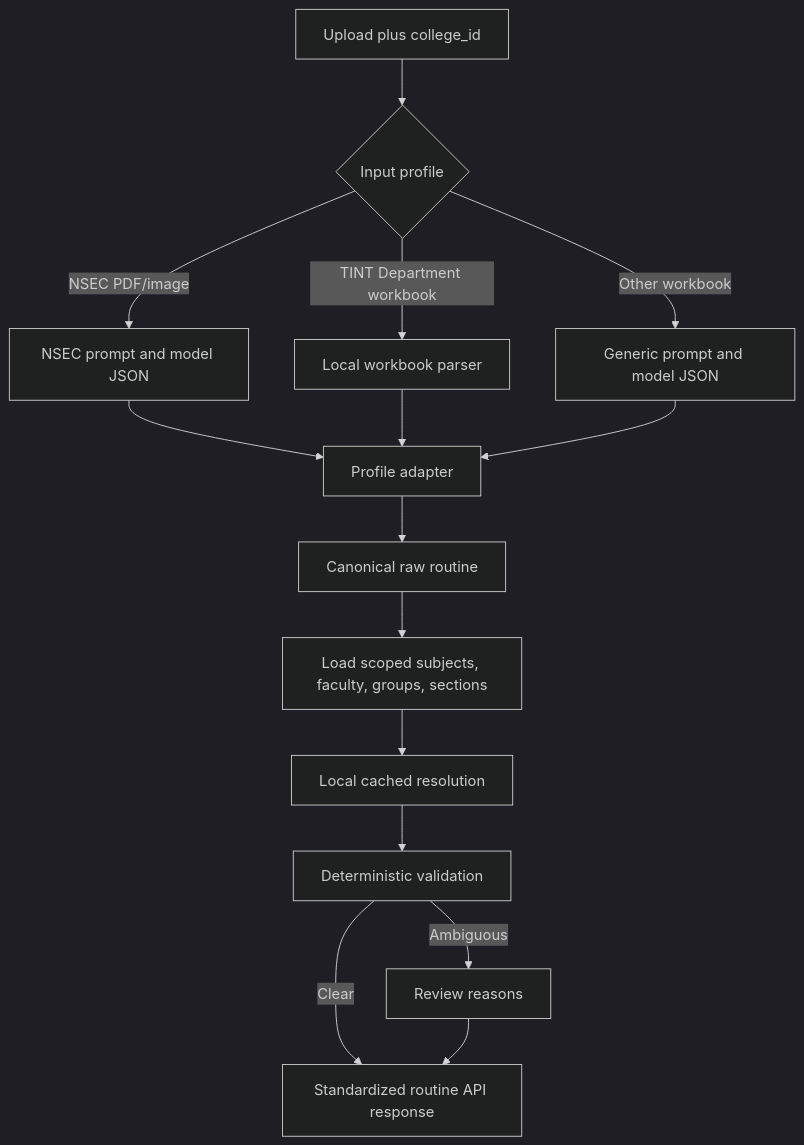
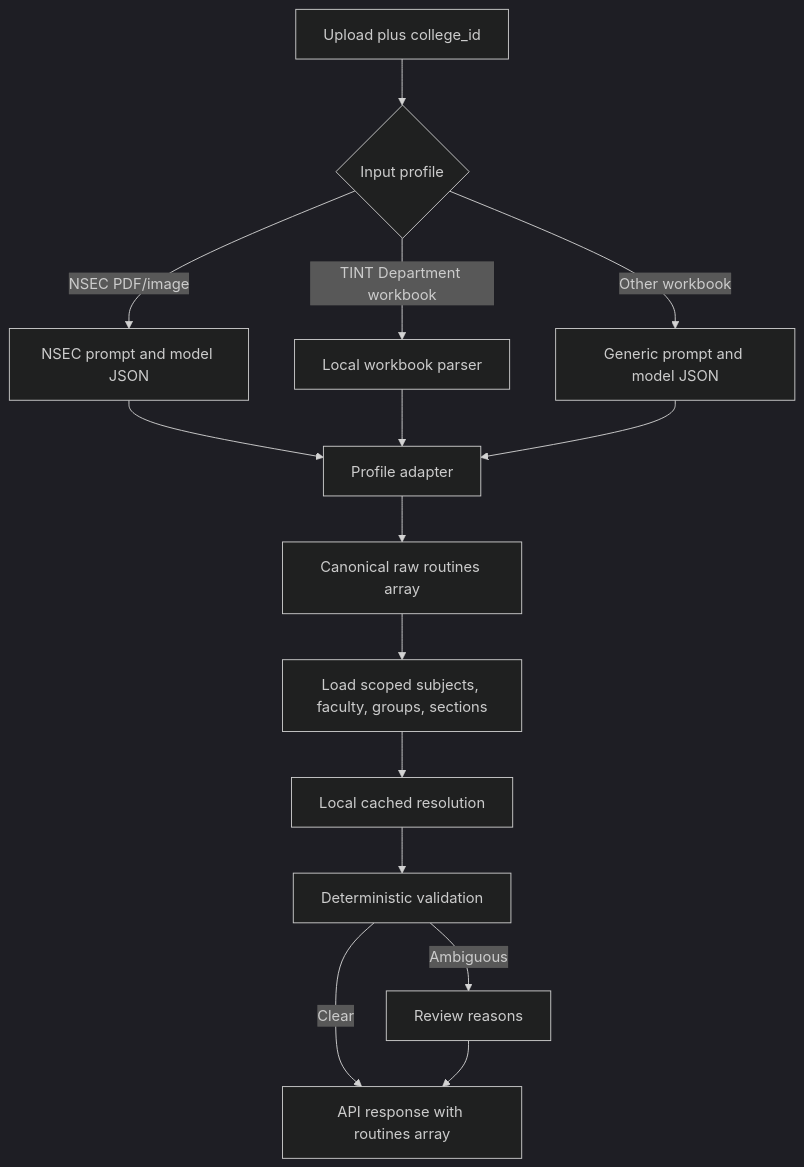
Before and after one commit to Ash310u/AI-Routine-Analyzer: the diagram in FLOWCHART.md, drawn with Mermaid (dark theme). The commit also changed other lines of this file and 11 other files, not shown here.

````diff
--- a/FLOWCHART.md
+++ b/FLOWCHART.md
@@ -3,17 +3,17 @@
 ```mermaid
 flowchart TD
     A[Upload plus college_id] --> B{Input profile}
     B -->|NSEC PDF/image| C[NSEC prompt and model JSON]
     B -->|TINT Department workbook| D[Local workbook parser]
     B -->|Other workbook| E[Generic prompt and model JSON]
     C --> F[Profile adapter]
     D --> F
     E --> F
-    F --> G[Canonical raw routine]
+    F --> G[Canonical raw routines array]
     G --> H[Load scoped subjects, faculty, groups, sections]
     H --> I[Local cached resolution]
     I --> J[Deterministic validation]
-    J -->|Clear| K[Standardized routine API response]
+    J -->|Clear| K[API response with routines array]
     J -->|Ambiguous| L[Review reasons]
     L --> K
 ```
````
